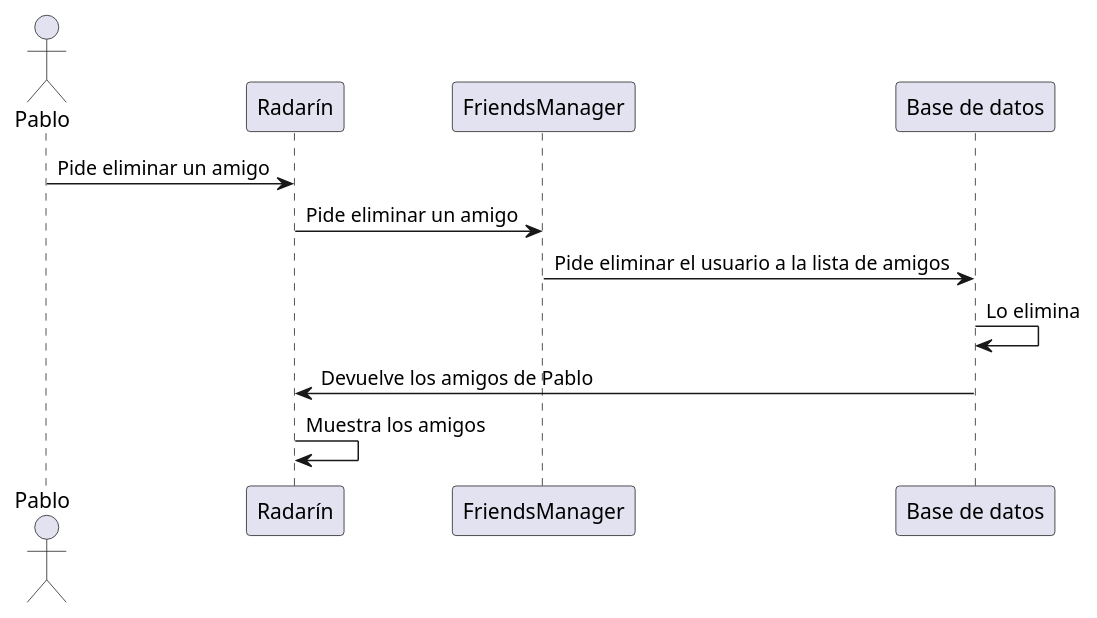
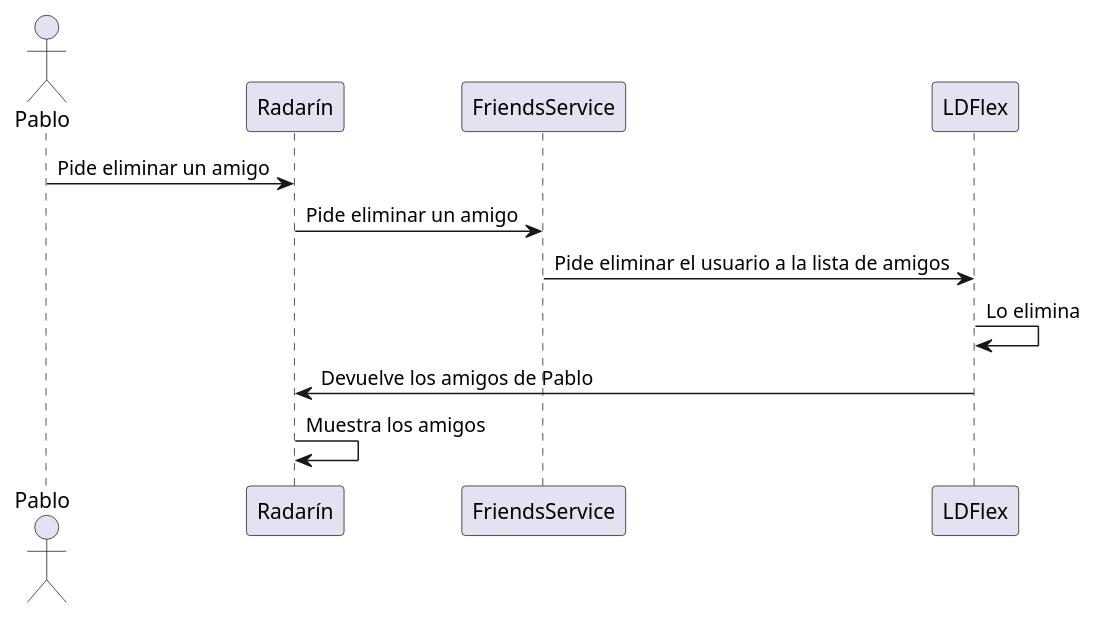
One commit to Arquisoft/radarin_es4a changed the fourth of 6 diagrams in webapp/docs/06_runtime_view.adoc. Above: the diagram before and after it, drawn with PlantUML. The commit also changed other lines of this file, not shown here.

```diff
--- a/webapp/docs/06_runtime_view.adoc
+++ b/webapp/docs/06_runtime_view.adoc
@@ -93,13 +93,13 @@
 [plantuml,"eliminar_amigos",png]
 ----
 actor Pablo
 participant  "Radarín"
-participant "FriendsManager"
-participant "Base de datos"
+participant "FriendsService"
+participant "LDFlex"
 Pablo -> "Radarín": Pide eliminar un amigo
-"Radarín" -> "FriendsManager": Pide eliminar un amigo
-"FriendsManager" -> "Base de datos": Pide eliminar el usuario a la lista de amigos
-"Base de datos" -> "Base de datos": Lo elimina
-"Base de datos" -> "Radarín" : Devuelve los amigos de Pablo
+"Radarín" -> "FriendsService": Pide eliminar un amigo
+"FriendsService" -> "LDFlex": Pide eliminar el usuario a la lista de amigos
+"LDFlex" -> "LDFlex": Lo elimina
+"LDFlex" -> "Radarín" : Devuelve los amigos de Pablo
 "Radarín" -> "Radarín": Muestra los amigos
 ----
```
